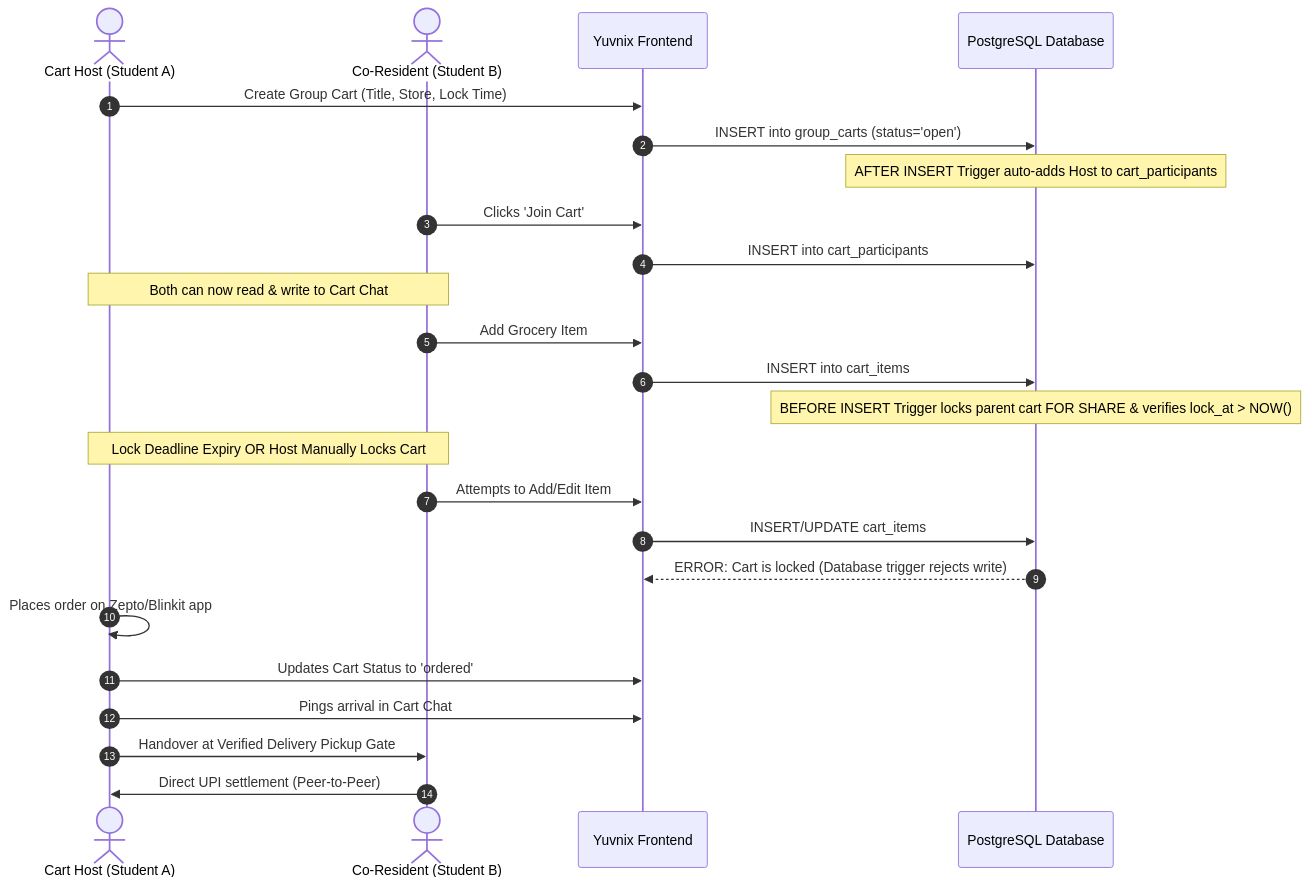
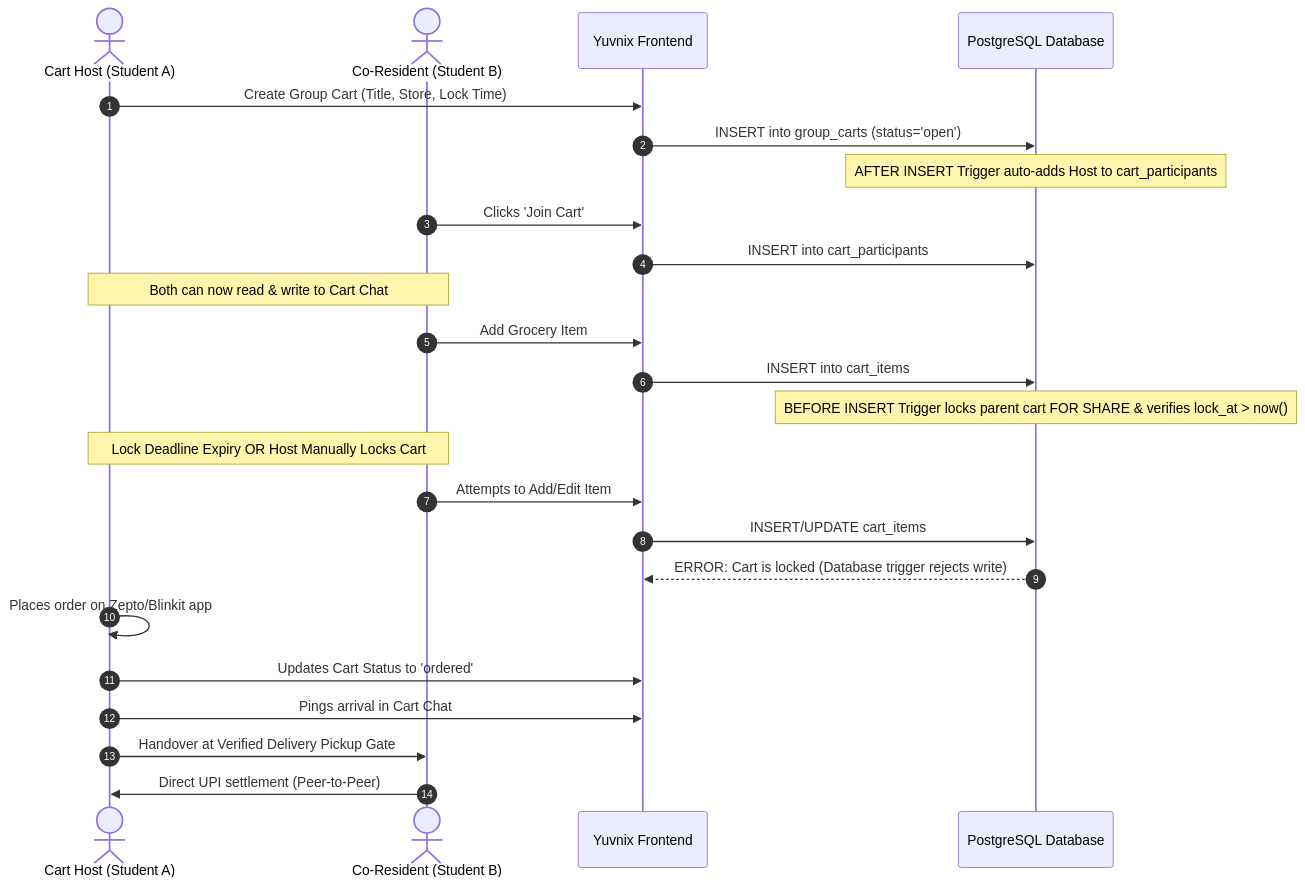
Before and after one commit to savanmalani12-sketch/Yuvnix: the second of 3 diagrams in docs/PRODUCT_SPEC.md, drawn with Mermaid. The commit also changed other lines of this file and 1 other file, not shown here.

Commit message:
docs(architecture): apply v3.2 final concurrency corrections and privilege audit

````diff
--- a/docs/PRODUCT_SPEC.md
+++ b/docs/PRODUCT_SPEC.md
@@ -131,27 +131,27 @@
 ```mermaid
 sequenceDiagram
     autonumber
     actor Host as Cart Host (Student A)
     actor Joiner as Co-Resident (Student B)
     participant App as Yuvnix Frontend
     participant DB as PostgreSQL Database
     
     Host->>App: Create Group Cart (Title, Store, Lock Time)
     App->>DB: INSERT into group_carts (status='open')
     Note over DB: AFTER INSERT Trigger auto-adds Host to cart_participants
     Joiner->>App: Clicks 'Join Cart'
     App->>DB: INSERT into cart_participants
     Note over Host,Joiner: Both can now read & write to Cart Chat
     Joiner->>App: Add Grocery Item
     App->>DB: INSERT into cart_items
-    Note over DB: BEFORE INSERT Trigger locks parent cart FOR SHARE & verifies lock_at > NOW()
+    Note over DB: BEFORE INSERT Trigger locks parent cart FOR SHARE & verifies lock_at > now()
     Note over Host,Joiner: Lock Deadline Expiry OR Host Manually Locks Cart
     Joiner->>App: Attempts to Add/Edit Item
     App->>DB: INSERT/UPDATE cart_items
     DB-->>App: ERROR: Cart is locked (Database trigger rejects write)
     Host->>Host: Places order on Zepto/Blinkit app
     Host->>App: Updates Cart Status to 'ordered'
     Host->>App: Pings arrival in Cart Chat
     Host->>Joiner: Handover at Verified Delivery Pickup Gate
     Joiner->>Host: Direct UPI settlement (Peer-to-Peer)
 ```
````
